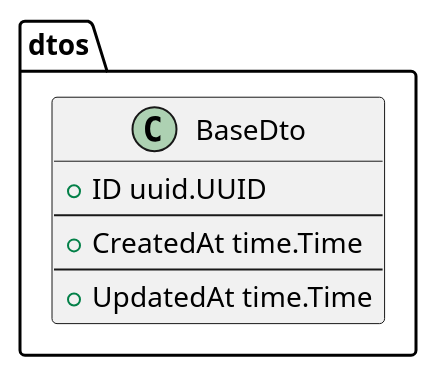
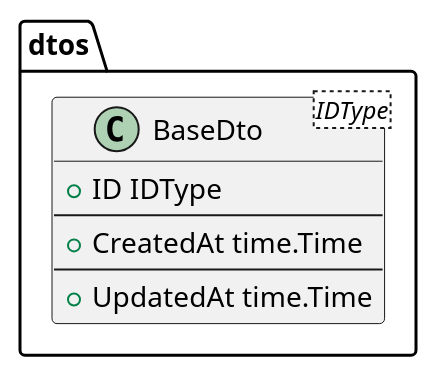
One commit to lf-edge/rol changed the diagram in docs/plantuml/dto/BaseDto.puml. Above: the diagram before and after it, drawn with PlantUML. The commit also changed 83 other files, not shown here.

```diff
--- a/docs/plantuml/dto/BaseDto.puml
+++ b/docs/plantuml/dto/BaseDto.puml
@@ -1,13 +1,13 @@
 @startuml BaseDto
 
 package dtos {
-    class BaseDto {
-        +ID uuid.UUID
+    class BaseDto<IDType> {
+        +ID IDType
         --
         +CreatedAt time.Time
         --
         +UpdatedAt time.Time
     }
 }
 
 @enduml
```
